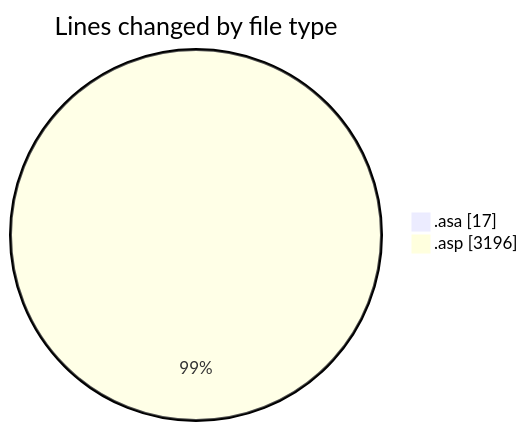
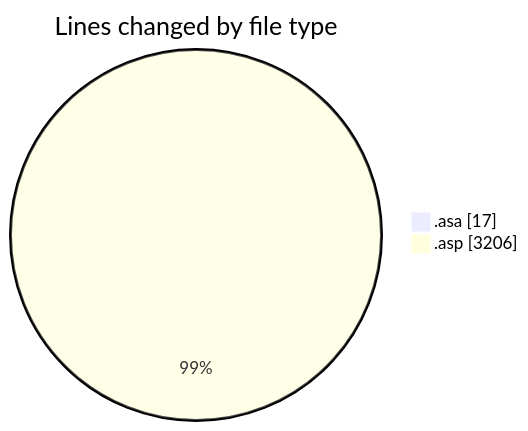
One commit to julien-gomy/code-tracking changed the first of 2 diagrams in 2025-11-06/usr_aleoudev_fr__workspace_/README.md. Above: the diagram before and after it, drawn with Mermaid. The commit also changed other lines of this file and 1 other file, not shown here.

````diff
--- a/2025-11-06/usr_aleoudev_fr__workspace_/README.md
+++ b/2025-11-06/usr_aleoudev_fr__workspace_/README.md
@@ -22,6 +22,6 @@
 ```mermaid
 pie showData
 title Lines changed by file type
 ".asa" : 17
-".asp" : 3196
+".asp" : 3206
 ```
````
